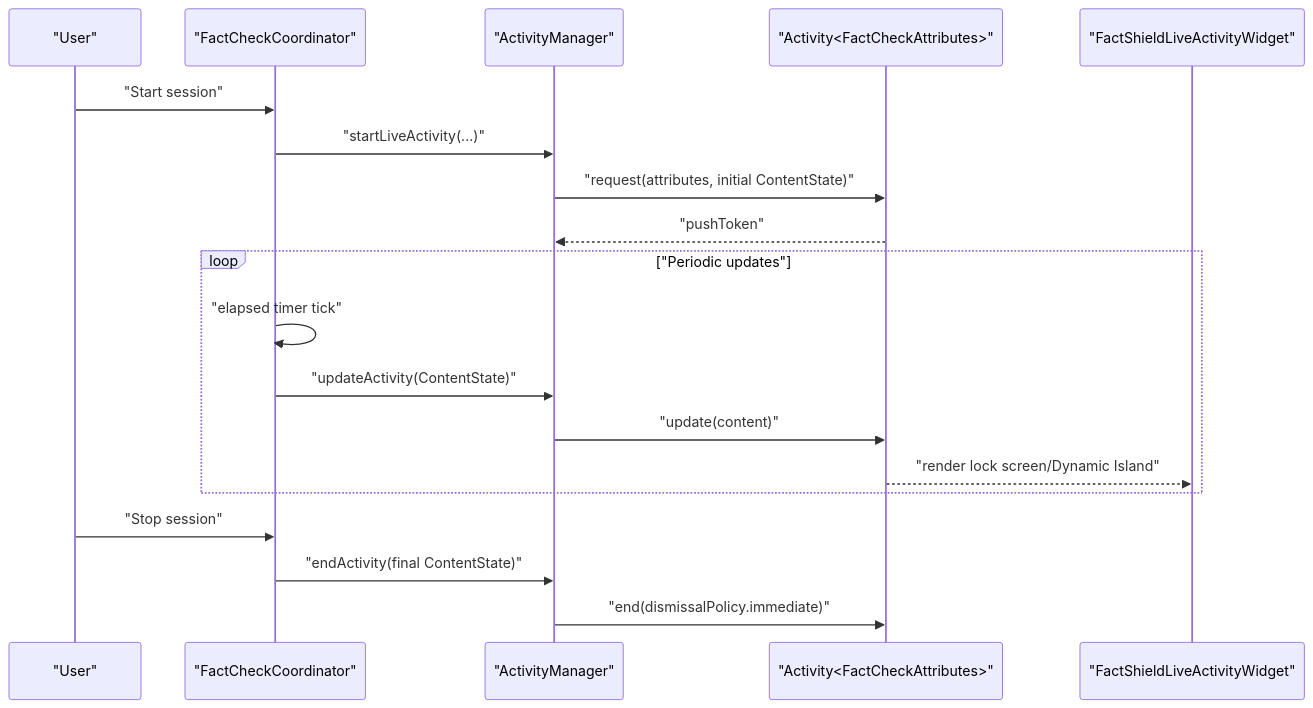
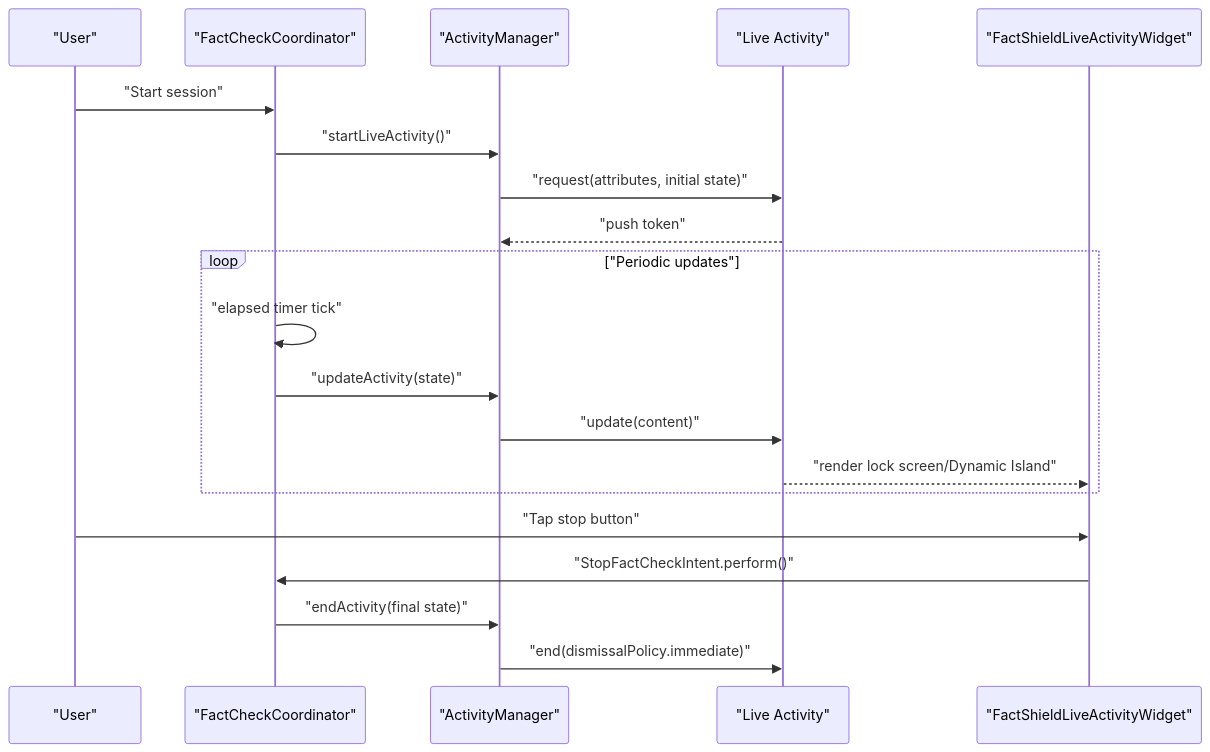
Before and after one commit to alexandreybasta-cyber/factshield-ios: the second of 4 diagrams in .qoder/repowiki/en/content/Live Activity Integration/Widget Development.md, drawn with Mermaid. The commit also changed other lines of this file and 97 other files, not shown here.

First line of the commit message:
fix: Action Button runs intent in background (Shazam-like behavior)

````diff
--- a/.qoder/repowiki/en/content/Live Activity Integration/Widget Development.md
+++ b/.qoder/repowiki/en/content/Live Activity Integration/Widget Development.md
@@ -135,21 +168,22 @@
 ```mermaid
 sequenceDiagram
 participant User as "User"
 participant Coordinator as "FactCheckCoordinator"
 participant Manager as "ActivityManager"
-participant Activity as "Activity<FactCheckAttributes>"
+participant Activity as "Live Activity"
 participant Widget as "FactShieldLiveActivityWidget"
 User->>Coordinator : "Start session"
-Coordinator->>Manager : "startLiveActivity(...)"
-Manager->>Activity : "request(attributes, initial ContentState)"
-Activity-->>Manager : "pushToken"
+Coordinator->>Manager : "startLiveActivity()"
+Manager->>Activity : "request(attributes, initial state)"
+Activity-->>Manager : "push token"
 loop "Periodic updates"
 Coordinator->>Coordinator : "elapsed timer tick"
-Coordinator->>Manager : "updateActivity(ContentState)"
+Coordinator->>Manager : "updateActivity(state)"
 Manager->>Activity : "update(content)"
 Activity-->>Widget : "render lock screen/Dynamic Island"
 end
-User->>Coordinator : "Stop session"
-Coordinator->>Manager : "endActivity(final ContentState)"
+User->>Widget : "Tap stop button"
+Widget->>Coordinator : "StopFactCheckIntent.perform()"
+Coordinator->>Manager : "endActivity(final state)"
 Manager->>Activity : "end(dismissalPolicy.immediate)"
 ```
````
